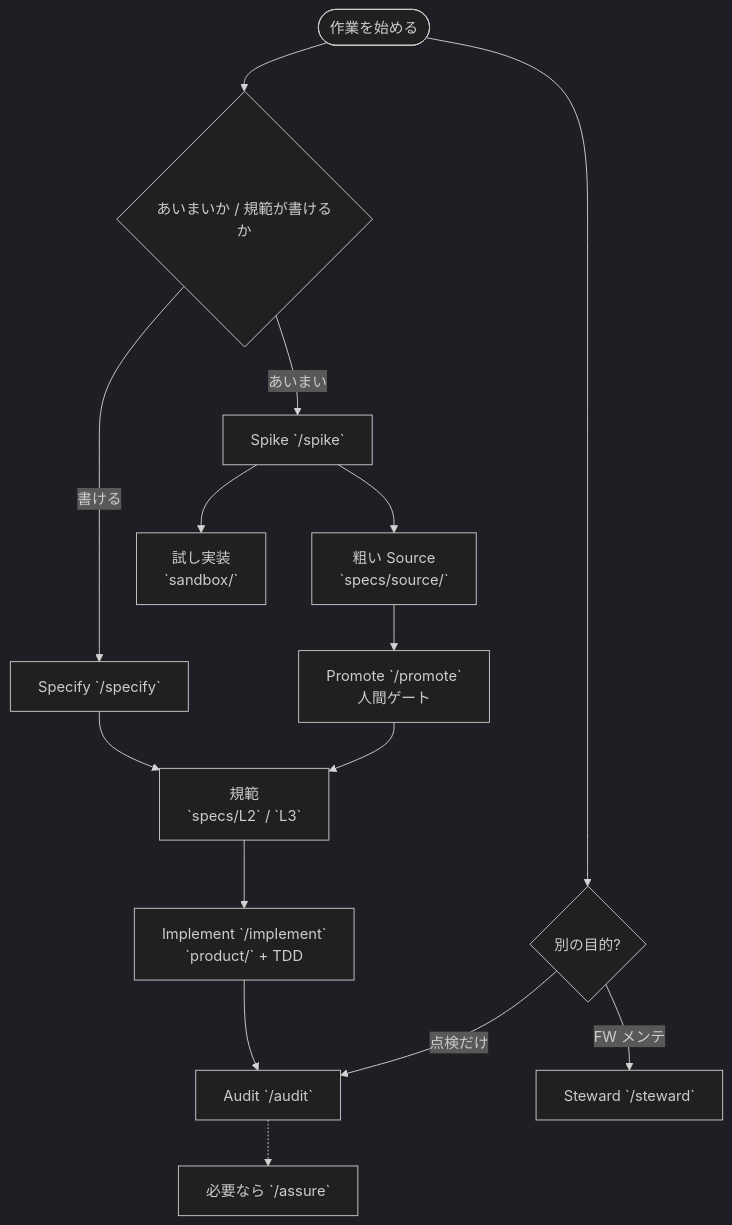
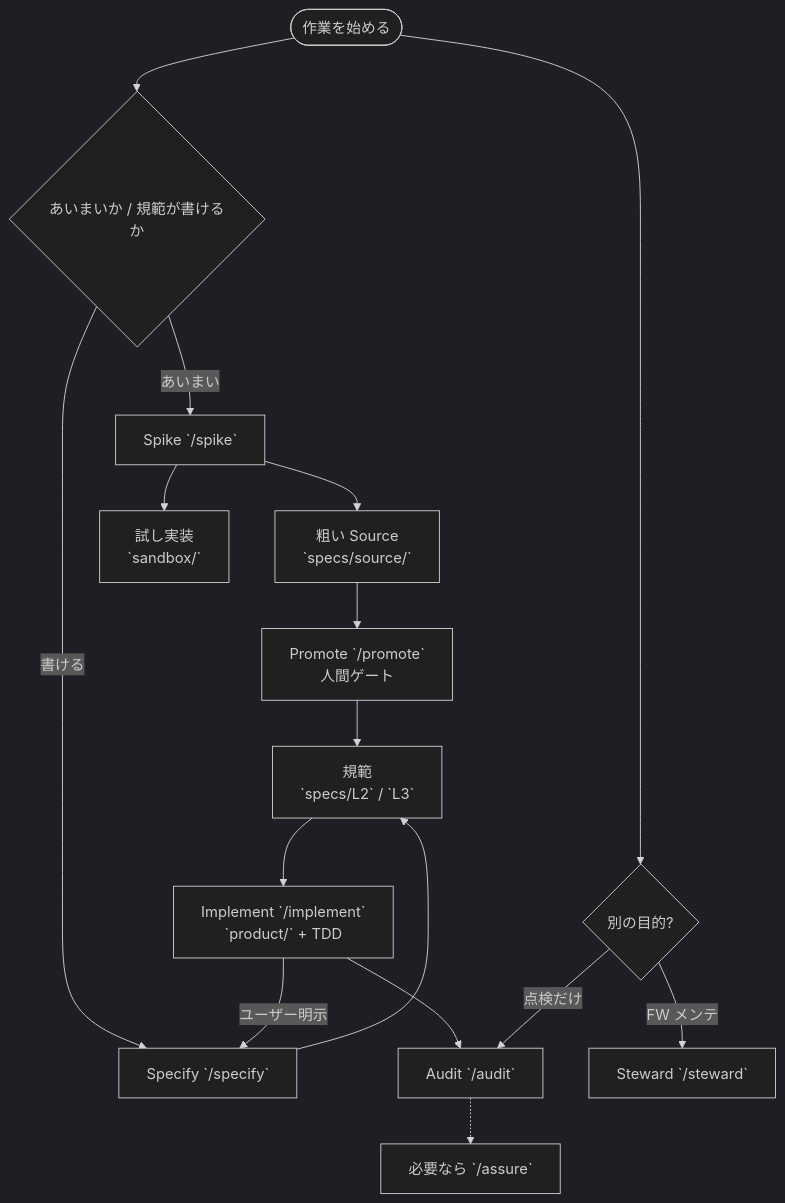
Before and after one commit to mizumizue/forgos: the first of 3 diagrams in README.md, drawn with Mermaid (dark theme). The commit also changed other lines of this file and 4 other files, not shown here.

Commit message:
Reflect Implement↔Specify loop in pipeline flow docs.

````diff
--- a/README.md
+++ b/README.md
@@ -34,17 +34,18 @@
 ```mermaid
 flowchart TD
   start([作業を始める]) --> ask{あいまいか / 規範が書けるか}
   ask -->|あいまい| spike["Spike `/spike`"]
   ask -->|書ける| specify["Specify `/specify`"]
   spike --> src["粗い Source<br/>`specs/source/`"]
   spike --> sandbox["試し実装<br/>`sandbox/`"]
   specify --> l23["規範<br/>`specs/L2` / `L3`"]
   src --> promote["Promote `/promote`<br/>人間ゲート"]
   promote --> l23
   l23 --> impl["Implement `/implement`<br/>`product/` + TDD"]
+  impl -->|ユーザー明示| specify
   impl --> audit["Audit `/audit`"]
   audit -.-> assure["必要なら `/assure`"]
   start --> other{別の目的?}
   other -->|点検だけ| audit
   other -->|FW メンテ| steward["Steward `/steward`"]
 ```
````
